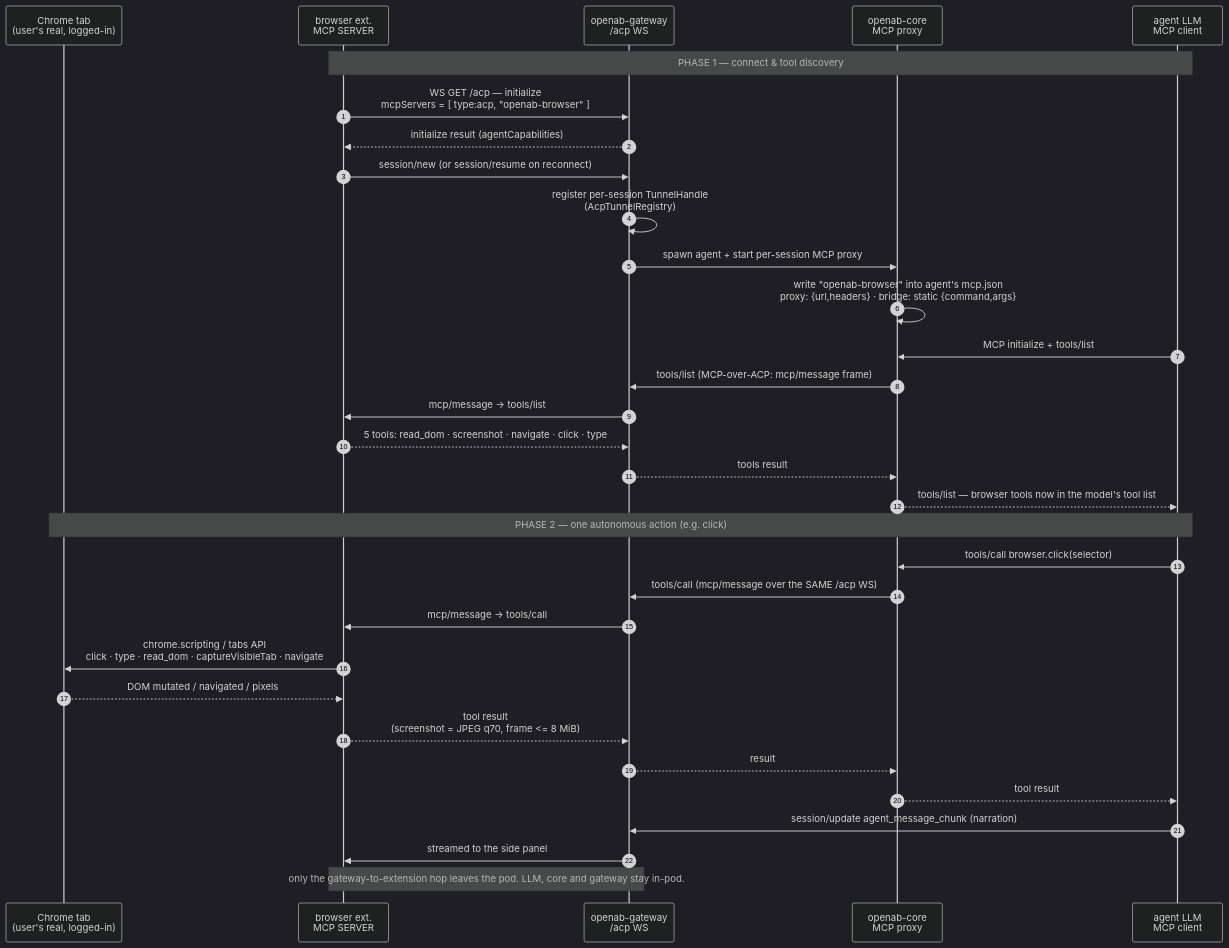
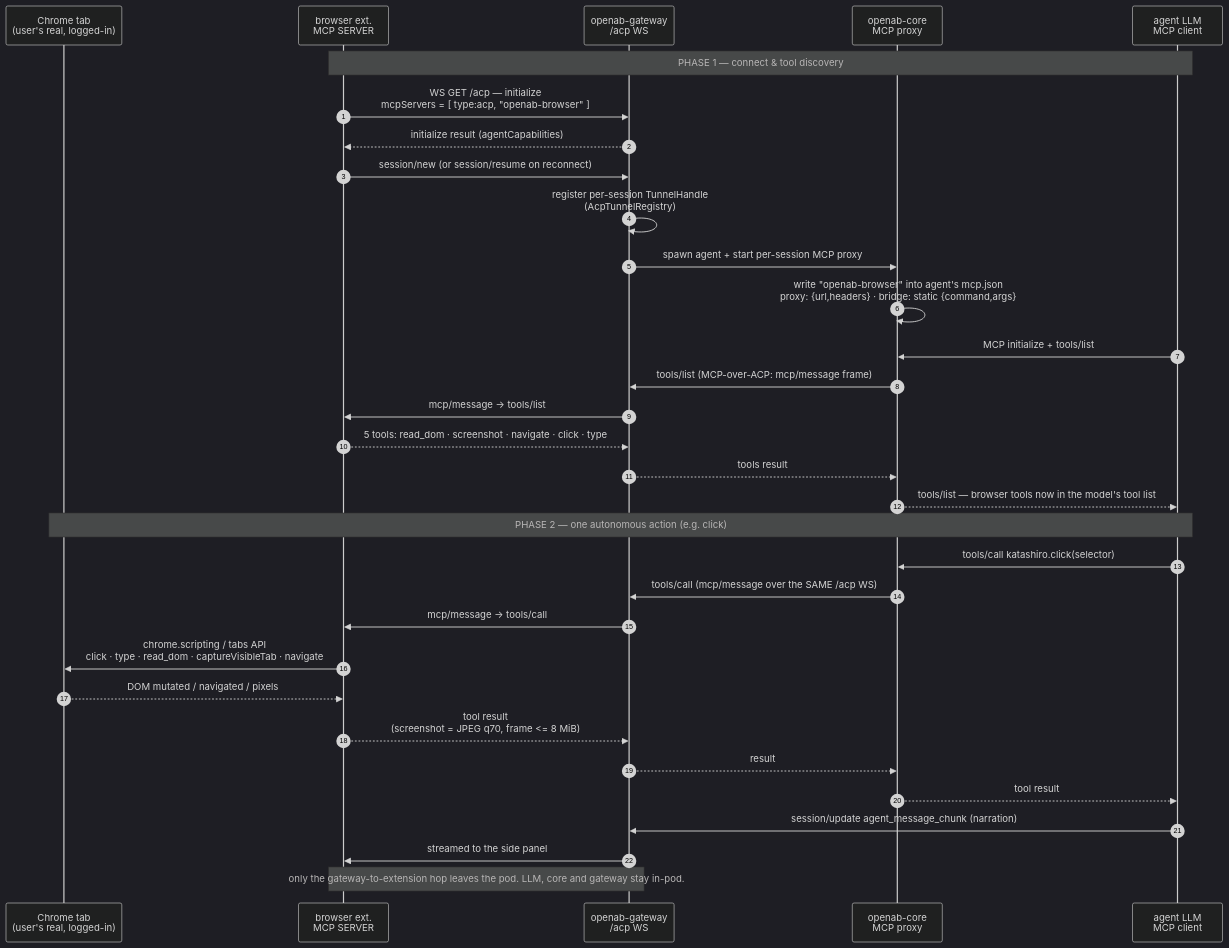
One commit to openabdev/openab changed the second of 2 diagrams in docs/adr/acp-server-websocket-reverse-mcp.md. Above: the diagram before and after it, drawn with Mermaid (dark theme). The commit also changed other lines of this file and 1 other file, not shown here.

First line of the commit message:
docs(adr): follow the katashiro.* rename through both ADRs

````diff
--- a/docs/adr/acp-server-websocket-reverse-mcp.md
+++ b/docs/adr/acp-server-websocket-reverse-mcp.md
@@ -93,37 +93,37 @@
 ```mermaid
 sequenceDiagram
     autonumber
     participant Tab as Chrome tab<br/>(user's real, logged-in)
     participant Ext as browser ext.<br/>MCP SERVER
     participant GW as openab-gateway<br/>/acp WS
     participant Core as openab-core<br/>MCP proxy
     participant LLM as agent LLM<br/>MCP client
 
     Note over Ext,LLM: PHASE 1 — connect & tool discovery
     Ext->>GW: WS GET /acp — initialize<br/>mcpServers = [ type:acp, "openab-browser" ]
     GW-->>Ext: initialize result (agentCapabilities)
     Ext->>GW: session/new  (or session/resume on reconnect)
     GW->>GW: register per-session TunnelHandle<br/>(AcpTunnelRegistry)
     GW->>Core: spawn agent + start per-session MCP proxy
     Core->>Core: write "openab-browser" into agent's mcp.json<br/>proxy: {url,headers} · bridge: static {command,args}
     LLM->>Core: MCP initialize + tools/list
     Core->>GW: tools/list  (MCP-over-ACP: mcp/message frame)
     GW->>Ext: mcp/message → tools/list
     Ext-->>GW: 5 tools: read_dom · screenshot · navigate · click · type
     GW-->>Core: tools result
     Core-->>LLM: tools/list — browser tools now in the model's tool list
 
     Note over Tab,LLM: PHASE 2 — one autonomous action (e.g. click)
-    LLM->>Core: tools/call browser.click(selector)
+    LLM->>Core: tools/call katashiro.click(selector)
     Core->>GW: tools/call  (mcp/message over the SAME /acp WS)
     GW->>Ext: mcp/message → tools/call
     Ext->>Tab: chrome.scripting / tabs API<br/>click · type · read_dom · captureVisibleTab · navigate
     Tab-->>Ext: DOM mutated / navigated / pixels
     Ext-->>GW: tool result<br/>(screenshot = JPEG q70, frame <= 8 MiB)
     GW-->>Core: result
     Core-->>LLM: tool result
     LLM->>GW: session/update agent_message_chunk (narration)
     GW->>Ext: streamed to the side panel
 
     Note over GW,Ext: only the gateway-to-extension hop leaves the pod. LLM, core and gateway stay in-pod.
 ```
````
